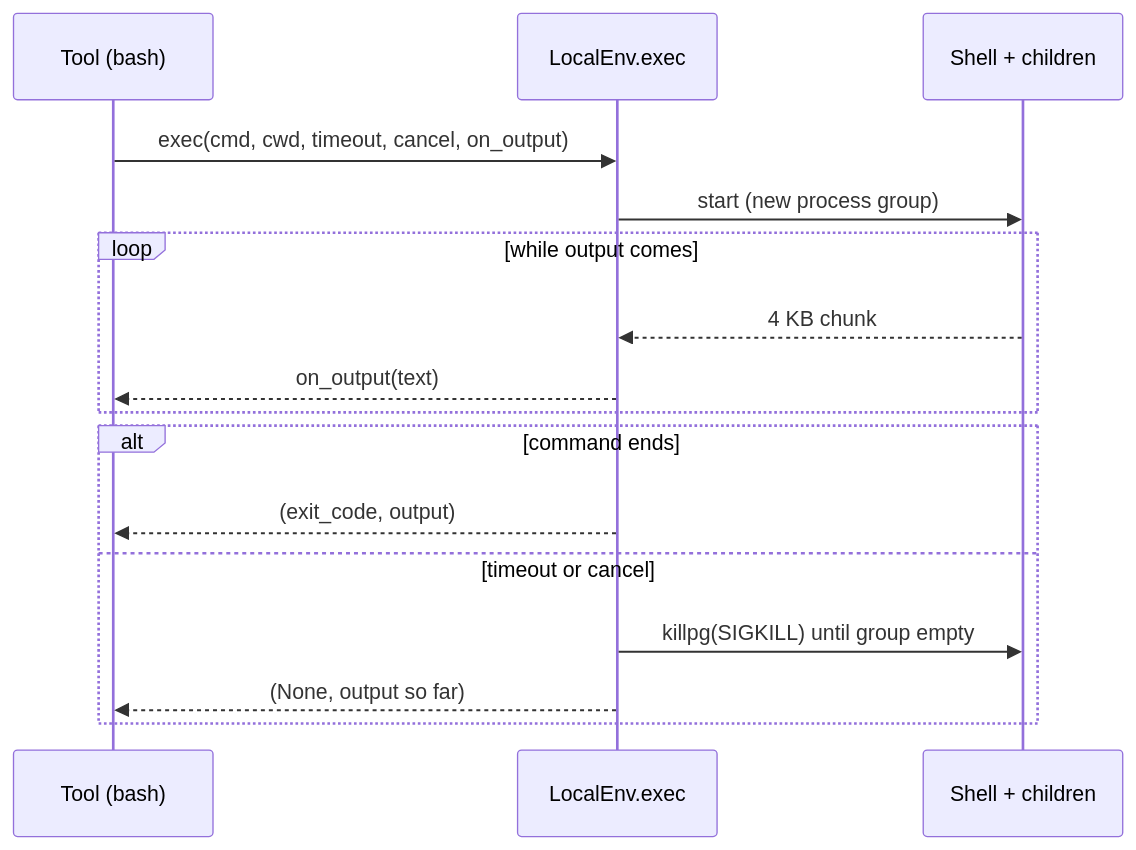
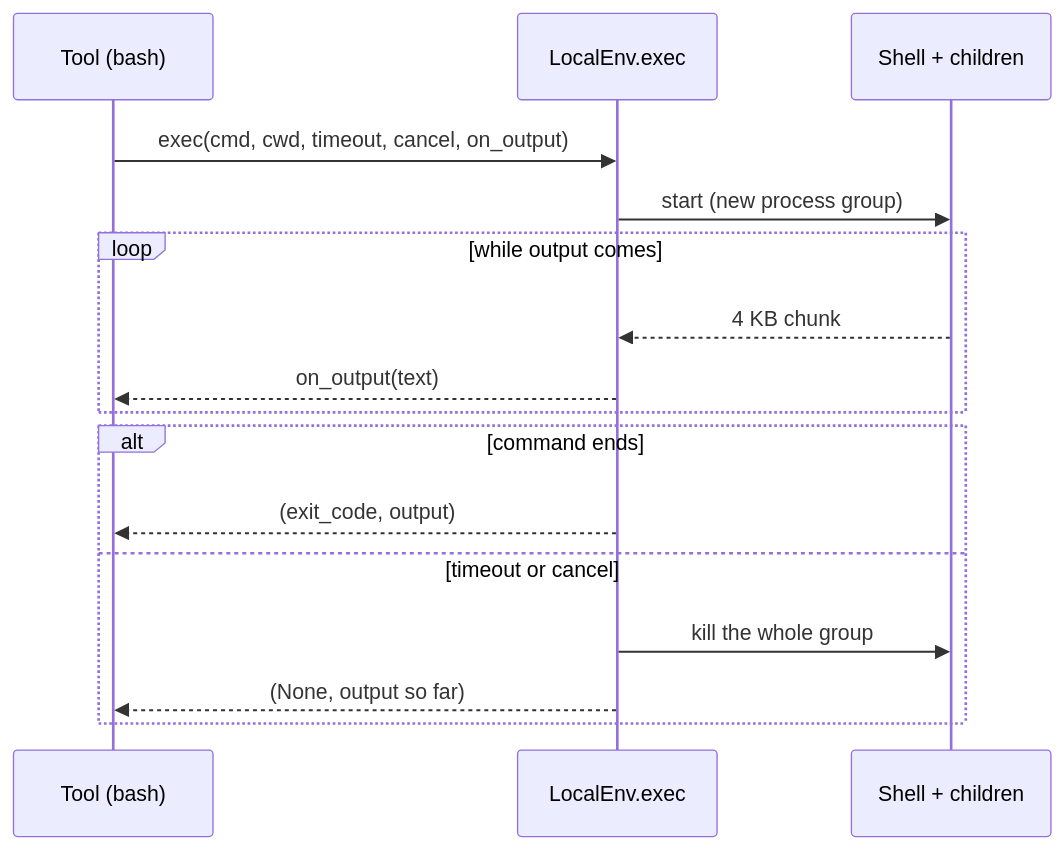
The third of 3 diagrams in docs/guidebook/09-exec-env.md (danhugo/simp-agent), drawn with Mermaid before and after one commit. The commit also changed other lines of this file and 2 other files, not shown here.

````diff
--- a/docs/guidebook/09-exec-env.md
+++ b/docs/guidebook/09-exec-env.md
@@ -306,18 +186,18 @@
 ```mermaid
 sequenceDiagram
     participant T as Tool (bash)
     participant E as LocalEnv.exec
     participant P as Shell + children
     T->>E: exec(cmd, cwd, timeout, cancel, on_output)
     E->>P: start (new process group)
     loop while output comes
         P-->>E: 4 KB chunk
         E-->>T: on_output(text)
     end
     alt command ends
         E-->>T: (exit_code, output)
     else timeout or cancel
-        E->>P: killpg(SIGKILL) until group empty
+        E->>P: kill the whole group
         E-->>T: (None, output so far)
     end
 ```
````
